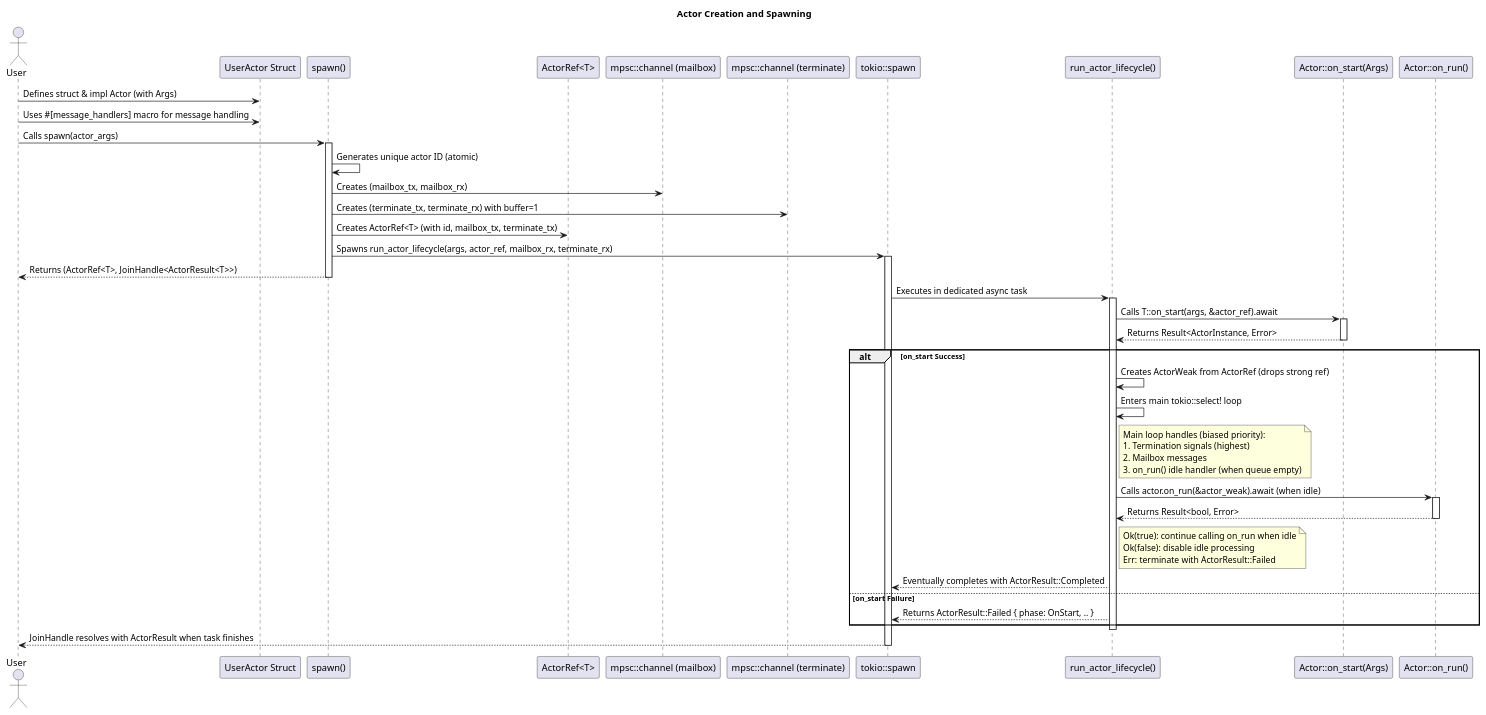
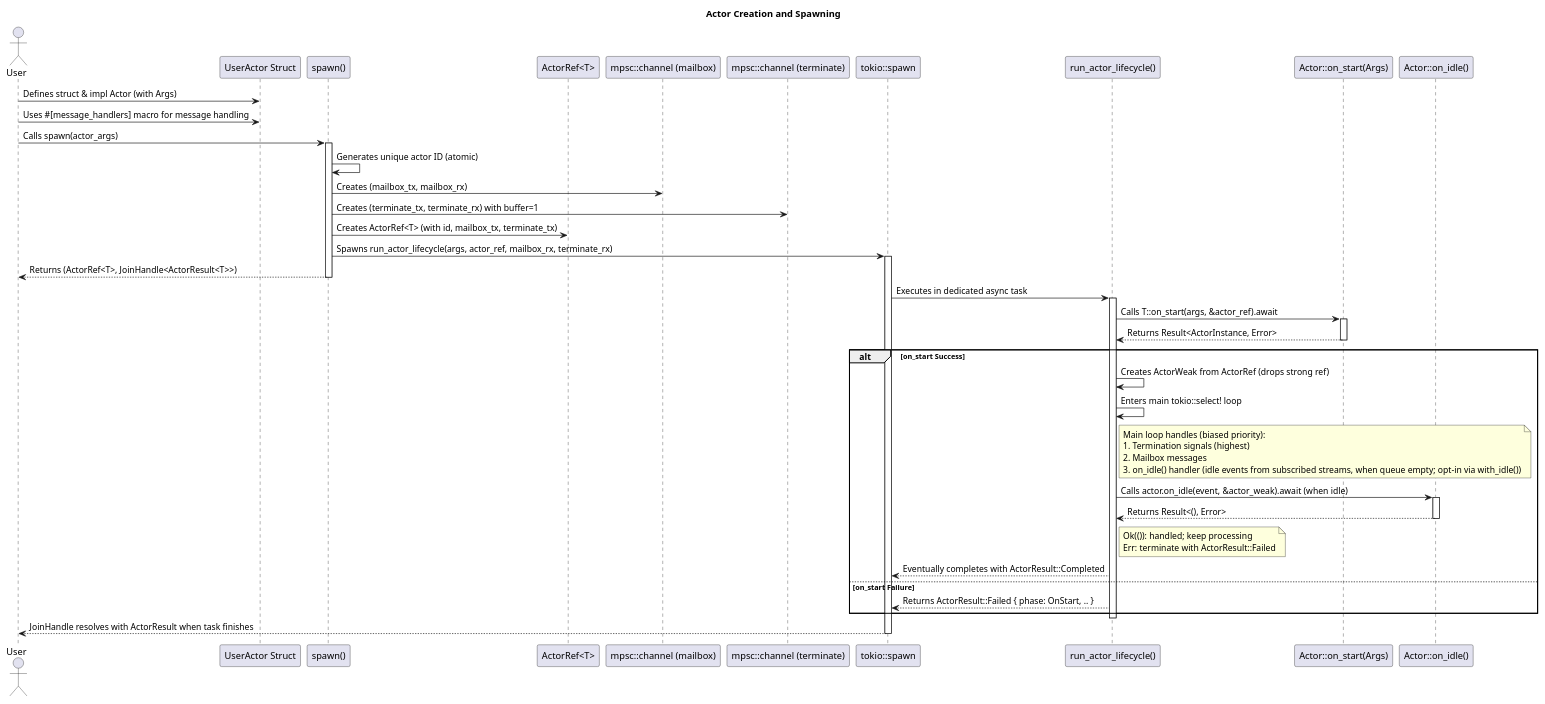
Before and after one commit to hiking90/rsactor: the diagram in docs/creation.puml, drawn with PlantUML. The commit also changed 16 other files, not shown here.

```diff
--- a/docs/creation.puml
+++ b/docs/creation.puml
@@ -1,66 +1,65 @@
 @startuml Actor Creation and Spawning
 title Actor Creation and Spawning
 
 actor User
 participant "UserActor Struct" as UserActor
 participant "spawn()" as spawn_func
 participant "ActorRef<T>" as ActorRef_type
 participant "mpsc::channel (mailbox)" as MailboxChannel
 participant "mpsc::channel (terminate)" as TerminateChannel
 participant "tokio::spawn" as tokio_spawn
 participant "run_actor_lifecycle()" as run_lifecycle
 participant "Actor::on_start(Args)" as on_start_method
-participant "Actor::on_run()" as on_run_method
+participant "Actor::on_idle()" as on_idle_method
 
 User -> UserActor: Defines struct & impl Actor (with Args)
 User -> UserActor: Uses #[message_handlers] macro for message handling
 User -> spawn_func: Calls spawn(actor_args)
 activate spawn_func
 
 spawn_func -> spawn_func: Generates unique actor ID (atomic)
 spawn_func -> MailboxChannel: Creates (mailbox_tx, mailbox_rx)
 spawn_func -> TerminateChannel: Creates (terminate_tx, terminate_rx) with buffer=1
 spawn_func -> ActorRef_type: Creates ActorRef<T> (with id, mailbox_tx, terminate_tx)
 spawn_func -> tokio_spawn: Spawns run_actor_lifecycle(args, actor_ref, mailbox_rx, terminate_rx)
 activate tokio_spawn
 spawn_func --> User: Returns (ActorRef<T>, JoinHandle<ActorResult<T>>)
 deactivate spawn_func
 
 tokio_spawn -> run_lifecycle: Executes in dedicated async task
 activate run_lifecycle
 run_lifecycle -> on_start_method: Calls T::on_start(args, &actor_ref).await
 activate on_start_method
 on_start_method --> run_lifecycle: Returns Result<ActorInstance, Error>
 deactivate on_start_method
 
 alt on_start Success
   run_lifecycle -> run_lifecycle: Creates ActorWeak from ActorRef (drops strong ref)
   run_lifecycle -> run_lifecycle: Enters main tokio::select! loop
   note right of run_lifecycle
     Main loop handles (biased priority):
     1. Termination signals (highest)
     2. Mailbox messages
-    3. on_run() idle handler (when queue empty)
+    3. on_idle() handler (idle events from subscribed streams, when queue empty; opt-in via with_idle())
   end note
 
-  run_lifecycle -> on_run_method: Calls actor.on_run(&actor_weak).await (when idle)
-  activate on_run_method
-  on_run_method --> run_lifecycle: Returns Result<bool, Error>
-  deactivate on_run_method
+  run_lifecycle -> on_idle_method: Calls actor.on_idle(event, &actor_weak).await (when idle)
+  activate on_idle_method
+  on_idle_method --> run_lifecycle: Returns Result<(), Error>
+  deactivate on_idle_method
 
   note right of run_lifecycle
-    Ok(true): continue calling on_run when idle
-    Ok(false): disable idle processing
+    Ok(()): handled; keep processing
     Err: terminate with ActorResult::Failed
   end note
 
   run_lifecycle --> tokio_spawn: Eventually completes with ActorResult::Completed
 else on_start Failure
   run_lifecycle --> tokio_spawn: Returns ActorResult::Failed { phase: OnStart, .. }
 end
 
 deactivate run_lifecycle
 tokio_spawn --> User: JoinHandle resolves with ActorResult when task finishes
 deactivate tokio_spawn
 
 @enduml
```
